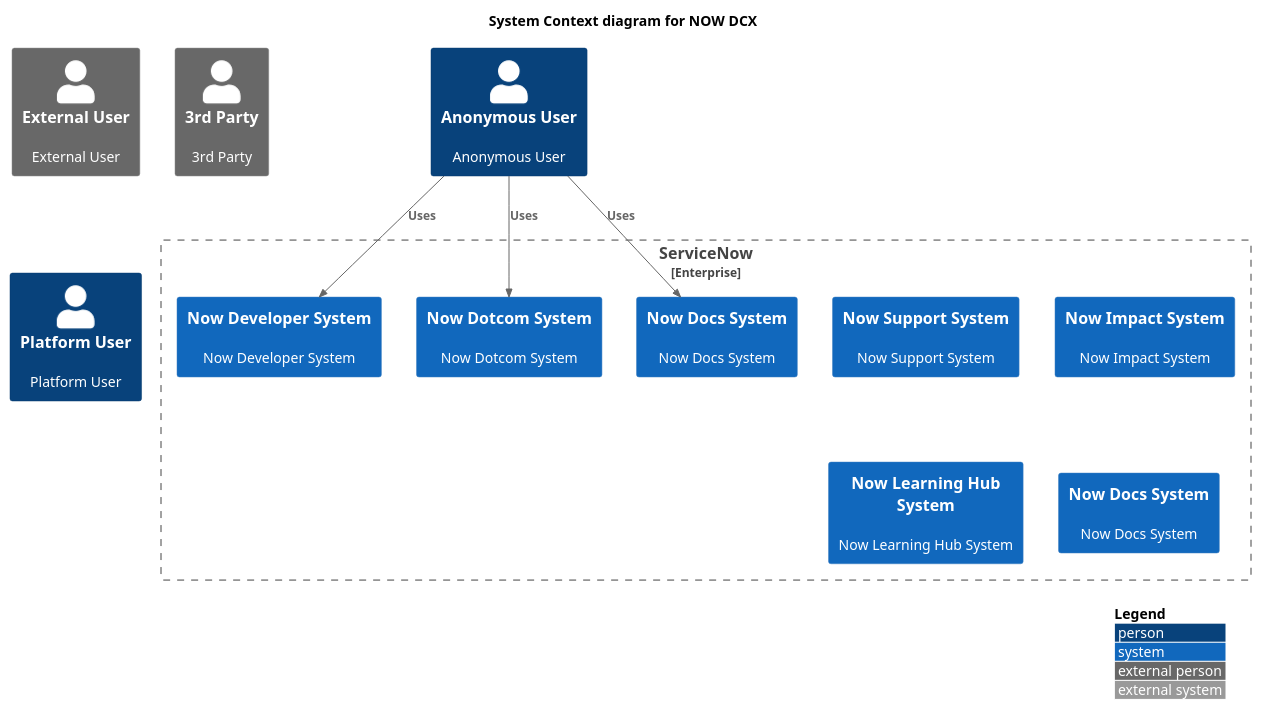
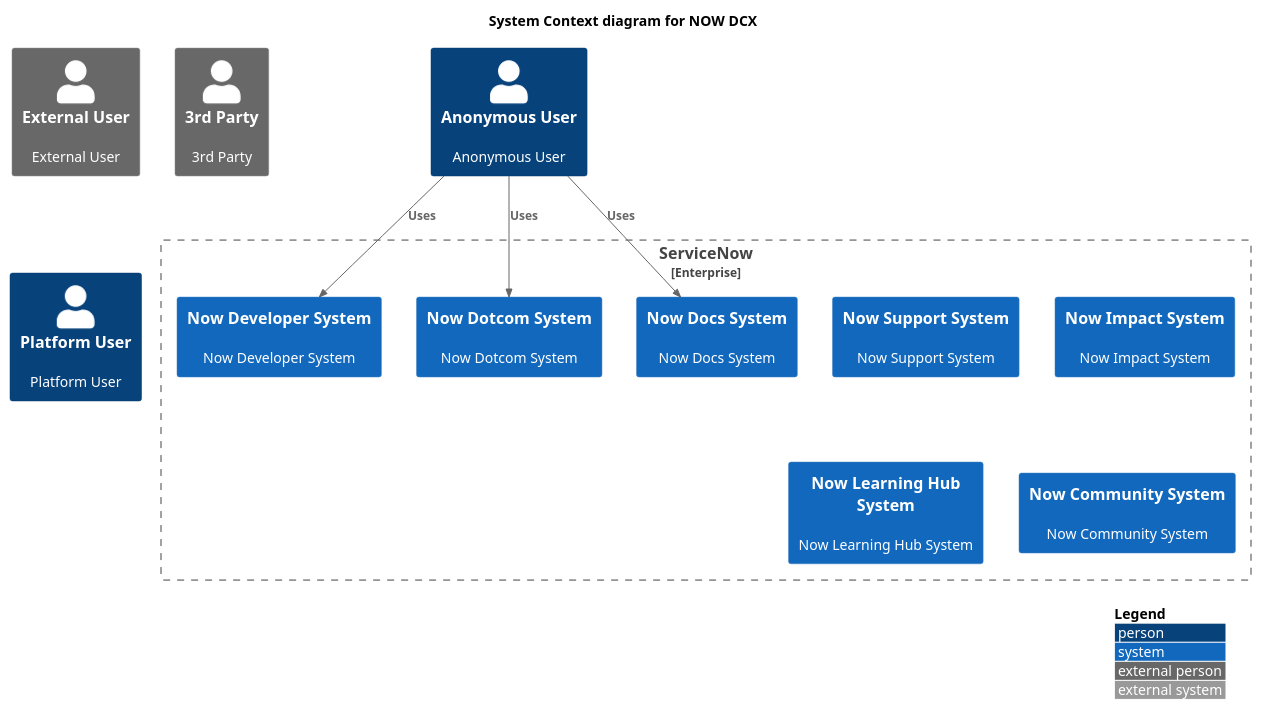
Before and after one commit to pangealab/athena: the diagram in puml/c4/dcx/nowdcx.puml, drawn with PlantUML.

```diff
--- a/puml/c4/dcx/nowdcx.puml
+++ b/puml/c4/dcx/nowdcx.puml
@@ -1,31 +1,31 @@
 @startuml "enterprise"
 !include https://raw.githubusercontent.com/plantuml-stdlib/C4-PlantUML/master/C4_Context.puml
 ' uncomment the following line and comment the first to use locally
 ' !include C4_Context.puml
 
 LAYOUT_TOP_DOWN()
 'LAYOUT_AS_SKETCH()
 LAYOUT_WITH_LEGEND()
 
 title System Context diagram for NOW DCX
 
 Person_Ext(external_user, "External User", "External User")
 Person_Ext(3rd_party_user, "3rd Party", "3rd Party")
 Person(platform_user, "Platform User", "Platform User")
 Person(anonymous_user, "Anonymous User", "Anonymous User")
 
 Enterprise_Boundary(servicenow_enteprise, "ServiceNow") {
   System(now_support_system, "Now Support System", "Now Support System")
   System(now_impact_system, "Now Impact System", "Now Impact System")
   System(now_learninghub_system, "Now Learning Hub System", "Now Learning Hub System")
   System(now_developer_system, "Now Developer System", "Now Developer System")
   System(now_dotcom_system, "Now Dotcom System", "Now Dotcom System")
   System(now_docs_system, "Now Docs System", "Now Docs System")
-  System(now_community_system, "Now Docs System", "Now Docs System")
+  System(now_community_system, "Now Community System", "Now Community System")
 }
 
 Rel_D(anonymous_user, now_dotcom_system, "Uses")
 Rel_D(anonymous_user, now_docs_system, "Uses")
 Rel_D(anonymous_user, now_developer_system, "Uses")
 
 @enduml
```
